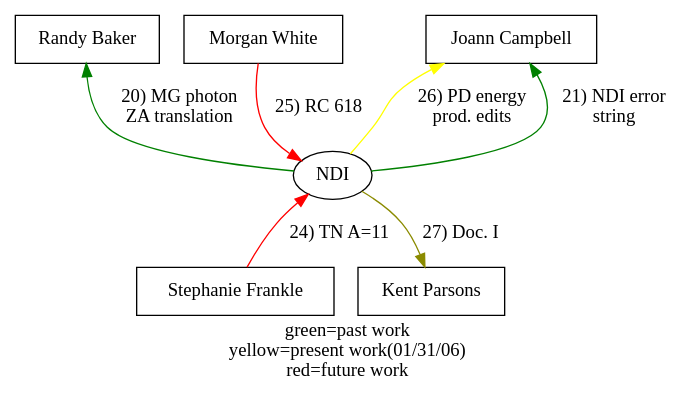
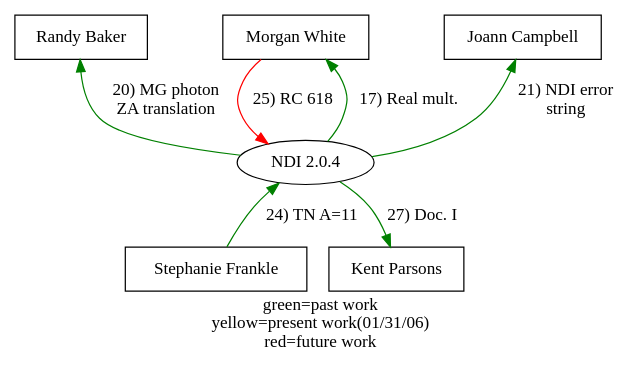
One commit to lanl/ndi changed the diagram in doc/reqt/context_2.0.4.dot. Above: the diagram before and after it, drawn with Graphviz. The commit also changed 4 other files, not shown here.

```diff
--- a/doc/reqt/context_2.0.4.dot
+++ b/doc/reqt/context_2.0.4.dot
@@ -1,29 +1,30 @@
 digraph ndi {
 	//orientation=landscape;
-	size="7.5,10";
+	page="8.5, 11";
+	size="6.5, 9";
 	center=true;
 	label="green=past work\nyellow=present work(01/31/06)\nred=future work";
 	node[shape="box"];
 
 	/* stakeholders */
 	rsb[label="Randy Baker"];
 	jomc[label="Joann Campbell"];
 	morgan[label="Morgan White"];
 	frankles[label="Stephanie Frankle"];
 	dkp[label="Kent Parsons"];
 
 	/* project */
-	ndi[label="NDI", shape="ellipse"];
+	ndi[label="NDI 2.0.4", shape="ellipse"];
 
 	morgan -> ndi[label="25) RC 618", color=red];
-	ndi -> dkp[label="27) Doc. I", color=yellow4];
+	ndi -> morgan[label="17) Real mult.", color=green];
+	ndi -> dkp[label="27) Doc. I", color=green];
 	ndi -> rsb[label="20) MG photon\nZA translation", color=green];
-	ndi -> jomc[label="26) PD energy\nprod. edits", color=yellow1];
 
-	frankles -> ndi[label="24) TN A=11", color=red];
+	frankles -> ndi[label="24) TN A=11", color=green];
 	ndi -> jomc[label="21) NDI error\nstring", color=green];
 
 	{rank = min; morgan; rsb; jomc} 
 	{rank = max; dkp; frankles}
 
 }
```
